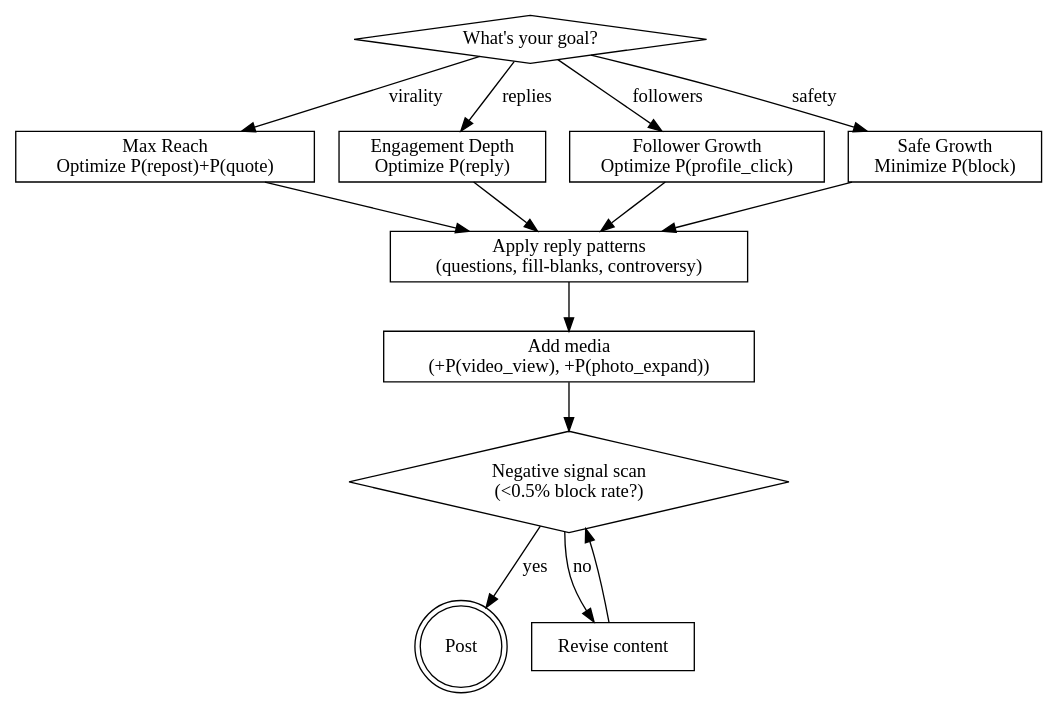
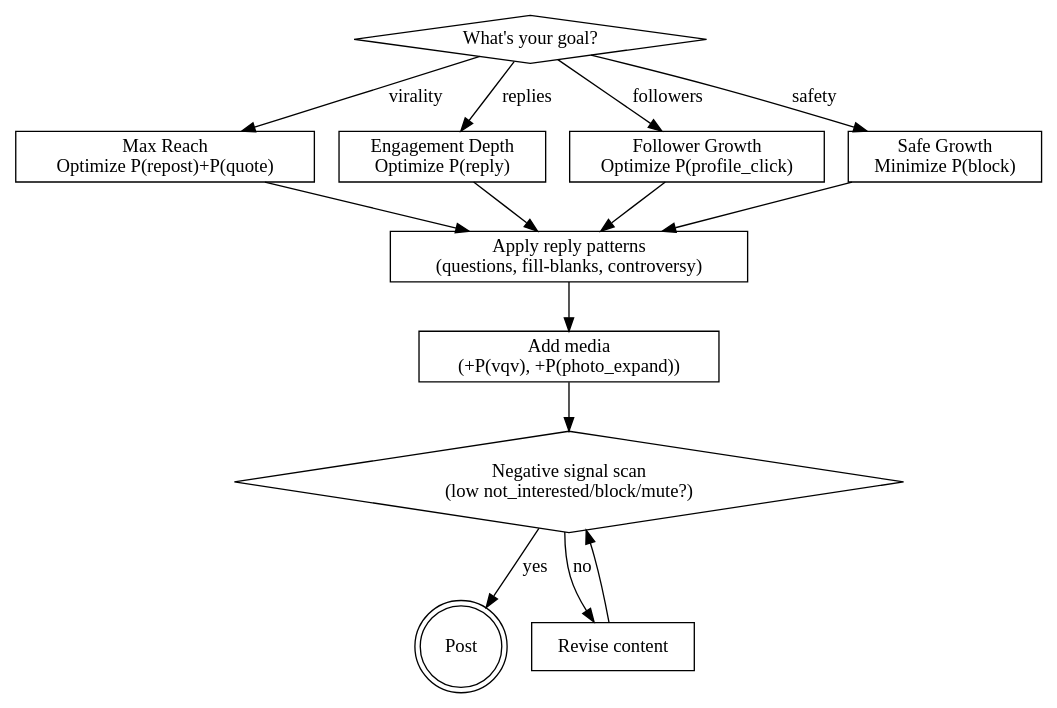
The diagram in SKILL.md (TheMattBerman/x-algo-skill), drawn with Graphviz before and after one commit. The commit also changed other lines of this file and 5 other files, not shown here.

````diff
--- a/SKILL.md
+++ b/SKILL.md
@@ -180,31 +219,31 @@
 ```dot
 digraph content_flow {
     rankdir=TB;
     node [shape=box];
 
     goal [label="What's your goal?" shape=diamond];
     reach [label="Max Reach\nOptimize P(repost)+P(quote)"];
     engage [label="Engagement Depth\nOptimize P(reply)"];
     grow [label="Follower Growth\nOptimize P(profile_click)"];
     safe [label="Safe Growth\nMinimize P(block)"];
     reply_opt [label="Apply reply patterns\n(questions, fill-blanks, controversy)"];
-    media [label="Add media\n(+P(video_view), +P(photo_expand))"];
-    scan [label="Negative signal scan\n(<0.5% block rate?)" shape=diamond];
+    media [label="Add media\n(+P(vqv), +P(photo_expand))"];
+    scan [label="Negative signal scan\n(low not_interested/block/mute?)" shape=diamond];
     post [label="Post" shape=doublecircle];
     revise [label="Revise content"];
 
     goal -> reach [label="virality"];
     goal -> engage [label="replies"];
     goal -> grow [label="followers"];
     goal -> safe [label="safety"];
     reach -> reply_opt;
     engage -> reply_opt;
     grow -> reply_opt;
     safe -> reply_opt;
     reply_opt -> media;
     media -> scan;
     scan -> post [label="yes"];
     scan -> revise [label="no"];
     revise -> scan;
 }
 ```
````
